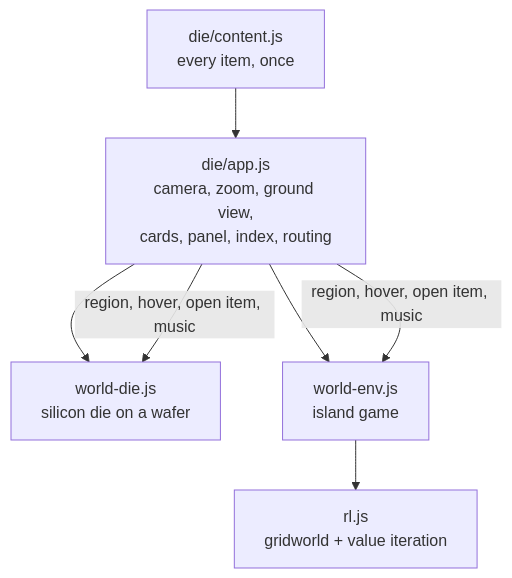
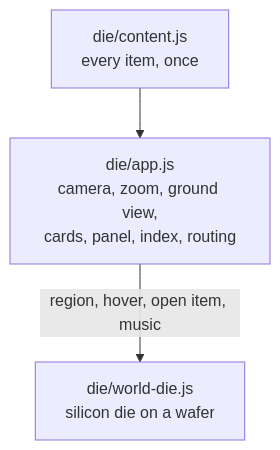
Before and after one commit to Air-crypto/Air-crypto.github.io: the diagram in README.md, drawn with Mermaid. The commit also changed other lines of this file and 3 other files, not shown here.

First line of the commit message:
Drop the game world, keep silicon only; header name shows only inside a region

````diff
--- a/README.md
+++ b/README.md
@@ -9,9 +9,5 @@
 ```mermaid
 flowchart TB
   C[die/content.js<br/>every item, once] --> A[die/app.js<br/>camera, zoom, ground view,<br/>cards, panel, index, routing]
-  A --> D[world-die.js<br/>silicon die on a wafer]
-  A --> E[world-env.js<br/>island game]
-  E --> R[rl.js<br/>gridworld + value iteration]
-  A -- region, hover, open item, music --> D
-  A -- region, hover, open item, music --> E
+  A -- region, hover, open item, music --> D[die/world-die.js<br/>silicon die on a wafer]
 ```
````
